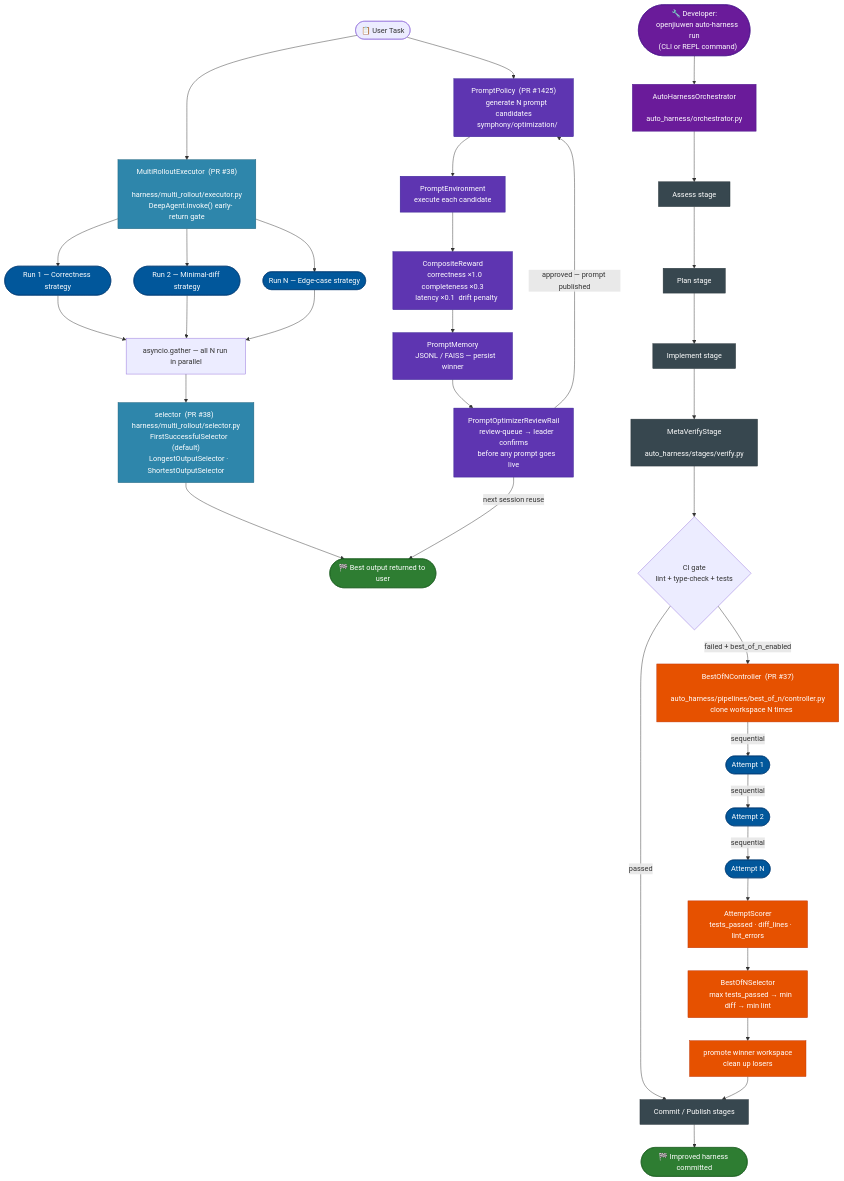
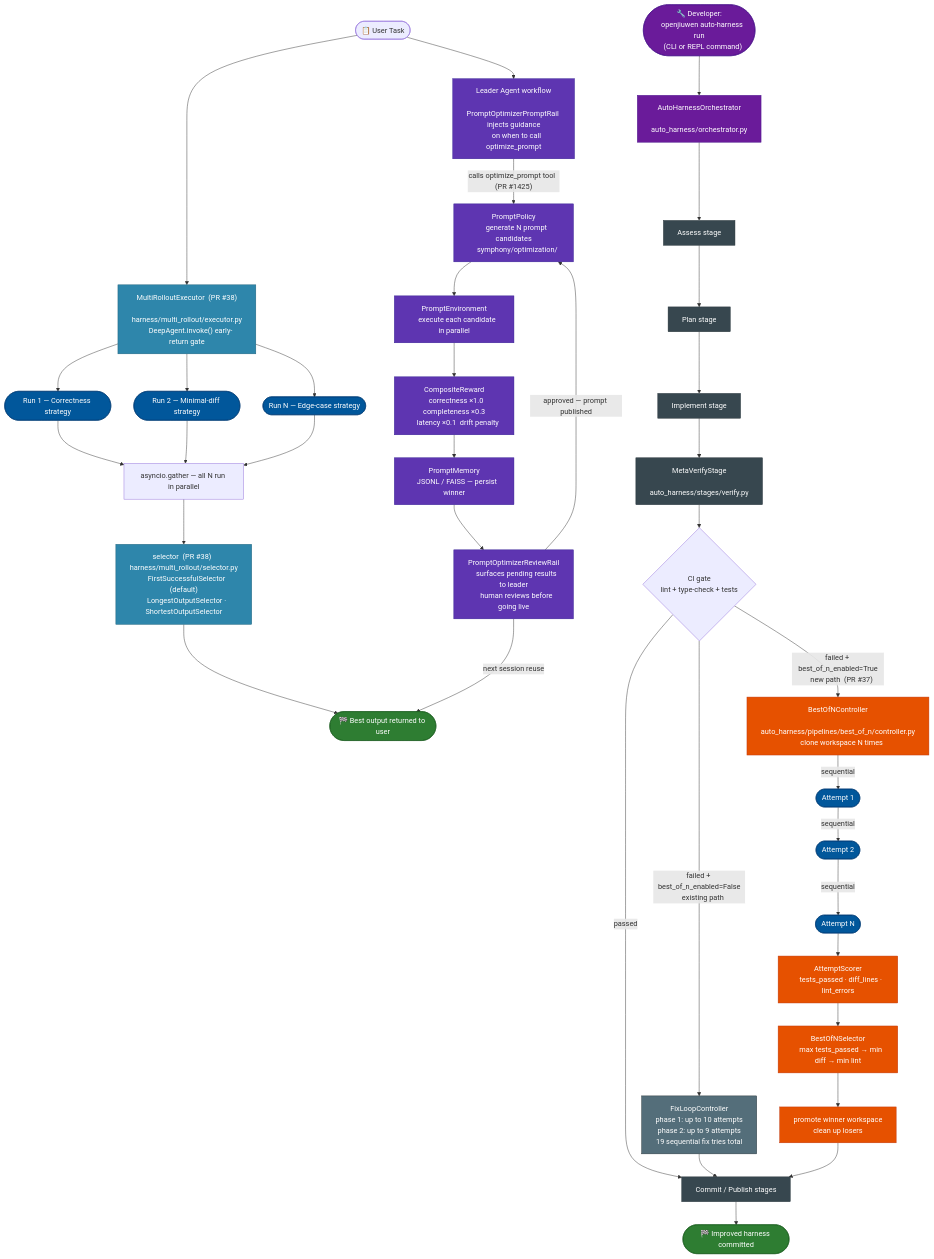
The second of 8 diagrams in docs-michael/Implementation.Overview.md (michaelatamuk/openjiuwen-jiuwenswarm), drawn with Mermaid before and after one commit.

Commit message:
Working on JiuwenSwarm

````diff
--- a/docs-michael/Implementation.Overview.md
+++ b/docs-michael/Implementation.Overview.md
@@ -301,6 +301,7 @@
     classDef run    fill:#01579B,color:#fff,stroke:#003c74
     classDef done   fill:#2E7D32,color:#fff,stroke:#1B5E20
     classDef repair fill:#E65100,color:#fff,stroke:#BF360C
+    classDef old    fill:#546E7A,color:#fff,stroke:#263238
     classDef stage  fill:#37474F,color:#fff,stroke:#263238
 
     %% ── #4 Multi-Rollout: triggered by a regular user task ──────────────
@@ -338,7 +339,16 @@
     VER --> CI{"CI gate
     lint + type-check + tests"}
     CI -->|passed| S4["Commit / Publish stages"]:::stage
-    CI -->|"failed + best_of_n_enabled"| BON["BestOfNController  (PR #37)
+
+    CI -->|"failed + best_of_n_enabled=False
+    existing path"| FL["FixLoopController
+    phase 1: up to 10 attempts
+    phase 2: up to 9 attempts
+    19 sequential fix tries total"]:::old
+    FL --> S4
+
+    CI -->|"failed + best_of_n_enabled=True
+    new path  (PR #37)"| BON["BestOfNController
     auto_harness/pipelines/best_of_n/controller.py
     clone workspace N times"]:::repair
 
@@ -356,20 +366,23 @@
 
     S4 --> OUT5(["🏁 Improved harness committed"]):::done
 
-    %% ── #6 RLAF-P: triggered by a regular user task ────────────────────
-    T --> PP["PromptPolicy  (PR #1425)
+    %% ── #6 RLAF-P: leader agent calls optimize_prompt tool ─────────────
+    T --> LEADER["Leader Agent workflow
+    PromptOptimizerPromptRail injects guidance
+    on when to call optimize_prompt"]:::opt
+    LEADER -->|"calls optimize_prompt tool  (PR #1425)"| PP["PromptPolicy
     generate N prompt candidates
     symphony/optimization/"]:::opt
     PP --> PE["PromptEnvironment
-    execute each candidate"]:::opt
+    execute each candidate in parallel"]:::opt
     PE --> CR["CompositeReward
     correctness ×1.0  completeness ×0.3
     latency ×0.1  drift penalty"]:::opt
     CR --> PM["PromptMemory
     JSONL / FAISS — persist winner"]:::opt
     PM --> RQ["PromptOptimizerReviewRail
-    review-queue → leader confirms
-    before any prompt goes live"]:::opt
+    surfaces pending results to leader
+    human reviews before going live"]:::opt
     RQ -->|"approved — prompt published"| PP
     RQ -->|"next session reuse"| OUT4
 ```
````
